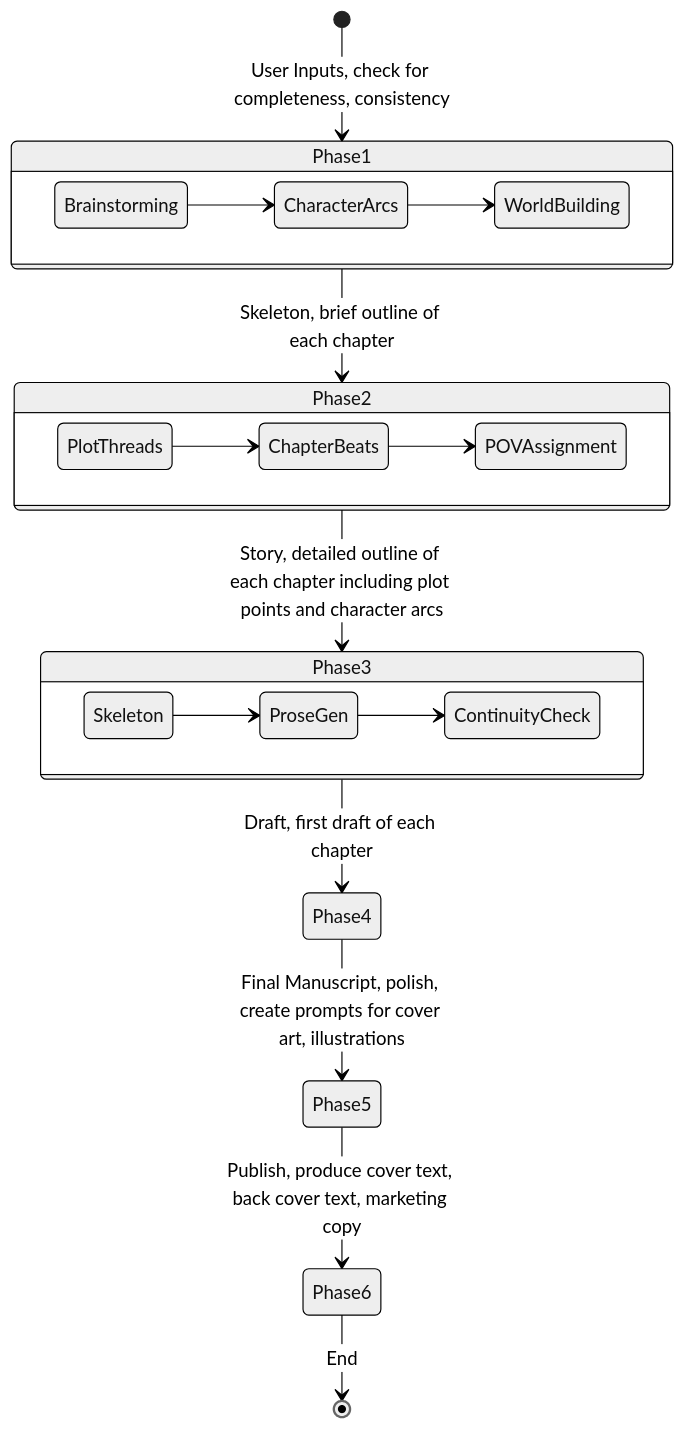
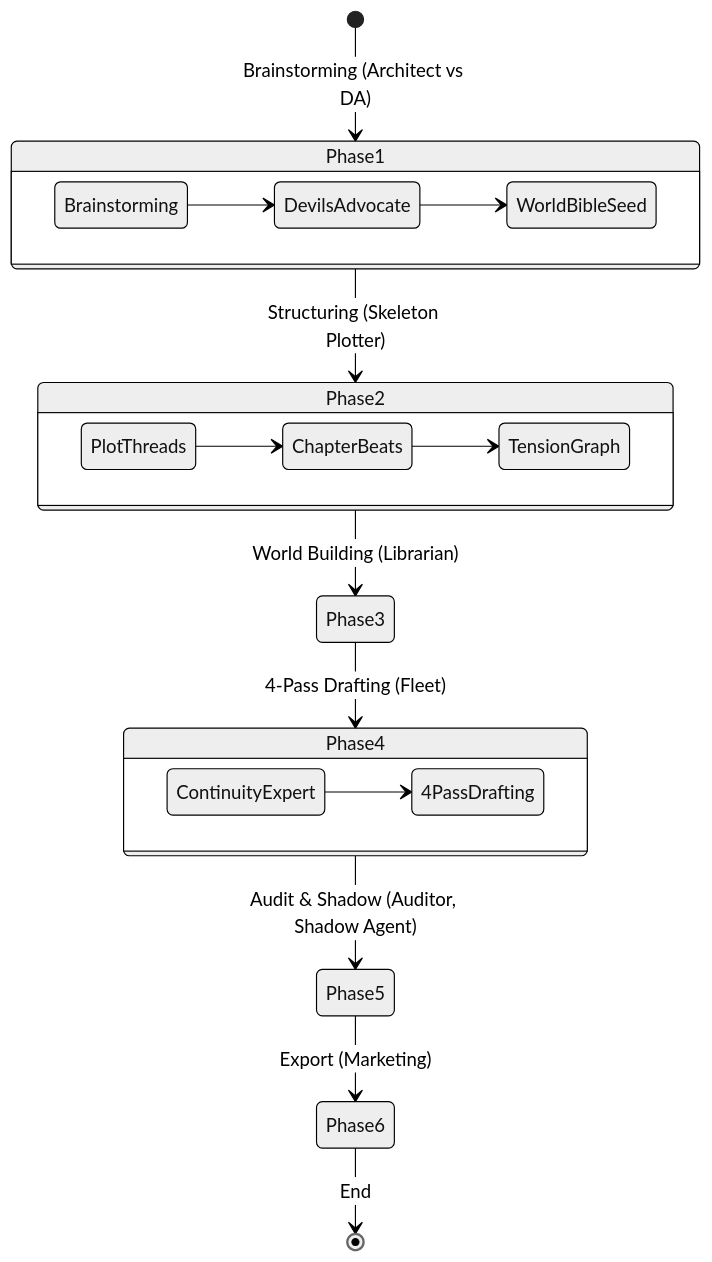
The diagram in docs/narrative_workflow.md (Rewbis/BookBot_06), drawn with Mermaid (neutral theme) before and after one commit. The commit also changed other lines of this file and 12 other files, not shown here.

````diff
--- a/docs/narrative_workflow.md
+++ b/docs/narrative_workflow.md
@@ -8,28 +8,27 @@
 ```mermaid
 stateDiagram-v2
-    [*] --> Phase1: User Inputs, check for completeness, consistency
-    Phase1 --> Phase2: Skeleton, brief outline of each chapter
-    Phase2 --> Phase3: Story, detailed outline of each chapter including plot points and character arcs
-    Phase3 --> Phase4: Draft, first draft of each chapter
-    Phase4 --> Phase5: Final Manuscript, polish, create prompts for cover art, illustrations
-    Phase5 --> Phase6: Publish, produce cover text, back cover text, marketing copy
+    [*] --> Phase1: Brainstorming (Architect vs DA)
+    Phase1 --> Phase2: Structuring (Skeleton Plotter)
+    Phase2 --> Phase3: World Building (Librarian)
+    Phase3 --> Phase4: 4-Pass Drafting (Fleet)
+    Phase4 --> Phase5: Audit & Shadow (Auditor, Shadow Agent)
+    Phase5 --> Phase6: Export (Marketing)
     Phase6 --> [*]: End
 
     state Phase1 {
         direction LR
-        Brainstorming --> CharacterArcs
-        CharacterArcs --> WorldBuilding
+        Brainstorming --> DevilsAdvocate
+        DevilsAdvocate --> WorldBibleSeed
     }
     
     state Phase2 {
         direction LR
         PlotThreads --> ChapterBeats
-        ChapterBeats --> POVAssignment
+        ChapterBeats --> TensionGraph
     }
     
-    state Phase3 {
+    state Phase4 {
         direction LR
-        Skeleton --> ProseGen
-        ProseGen --> ContinuityCheck
+        ContinuityExpert --> 4PassDrafting
     }
 ```
````
